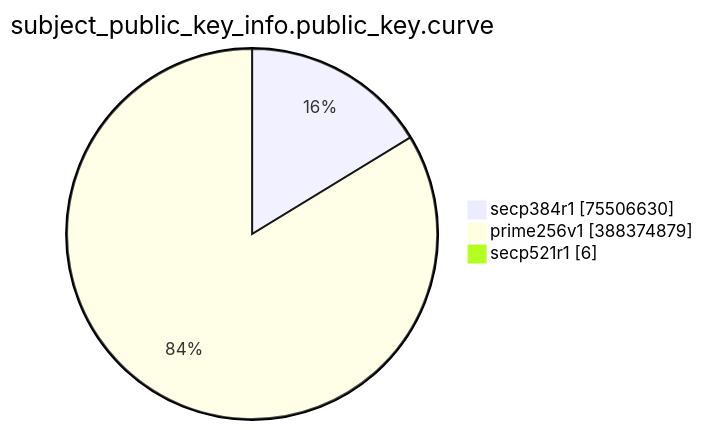
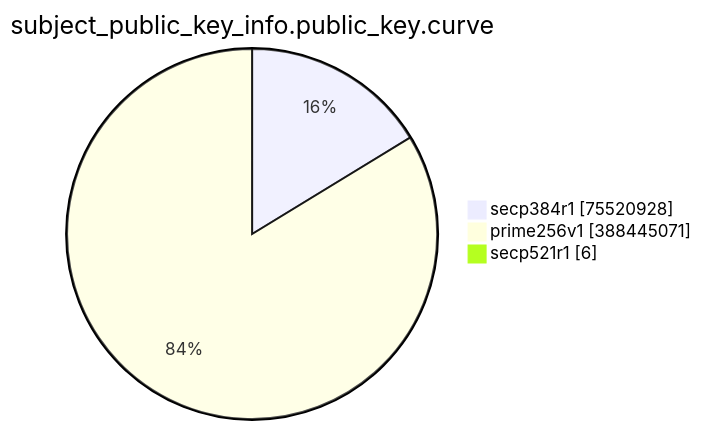
Before and after one commit to christiankrug/ctmonitor_visualization: the eighth of 15 diagrams in TOTAL/README.md, drawn with Mermaid. The commit also changed other lines of this file, not shown here.

````diff
--- a/TOTAL/README.md
+++ b/TOTAL/README.md
@@ -3094,7 +3094,7 @@
 ```mermaid
 pie showData
 title subject_public_key_info.public_key.curve
-"secp384r1" :75506630
-"prime256v1" :388374879
+"secp384r1" :75520928
+"prime256v1" :388445071
 "secp521r1" :6
 ```
````
